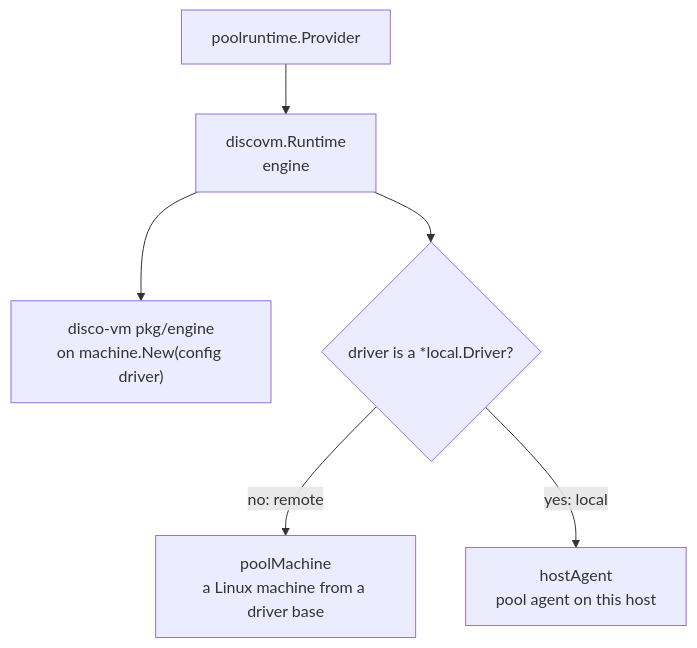
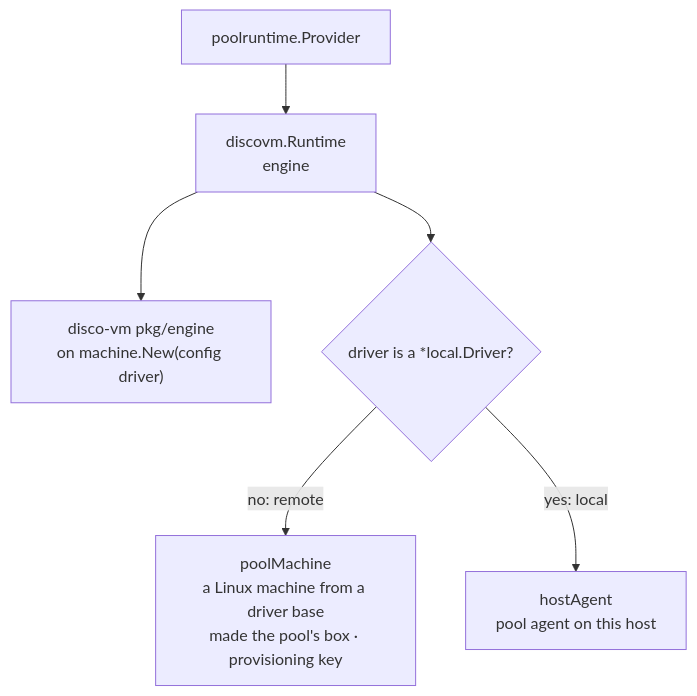
The diagram in server/providers/discovm/DESIGN.md (discobox-ai/discobox), drawn with Mermaid before and after one commit. The commit also changed other lines of this file and 34 other files, not shown here.

First line of the commit message:
feat(server): a boxd pool's machine is made the pool's box, keyed and fenced

````diff
--- a/server/providers/discovm/DESIGN.md
+++ b/server/providers/discovm/DESIGN.md
@@ -14,15 +15,15 @@
 ```mermaid
 flowchart TD
     pool["poolruntime.Provider"]
     runtime["discovm.Runtime\nengine"]
     engine["disco-vm pkg/engine\non machine.New(config driver)"]
     host{"driver is a *local.Driver?"}
-    machine["poolMachine\na Linux machine from a driver base"]
+    machine["poolMachine\na Linux machine from a driver base\nmade the pool's box · provisioning key"]
     agent["hostAgent\npool agent on this host"]
 
     pool --> runtime
     runtime --> engine
     runtime --> host
     host -- no: remote --> machine
     host -- yes: local --> agent
 ```
````
